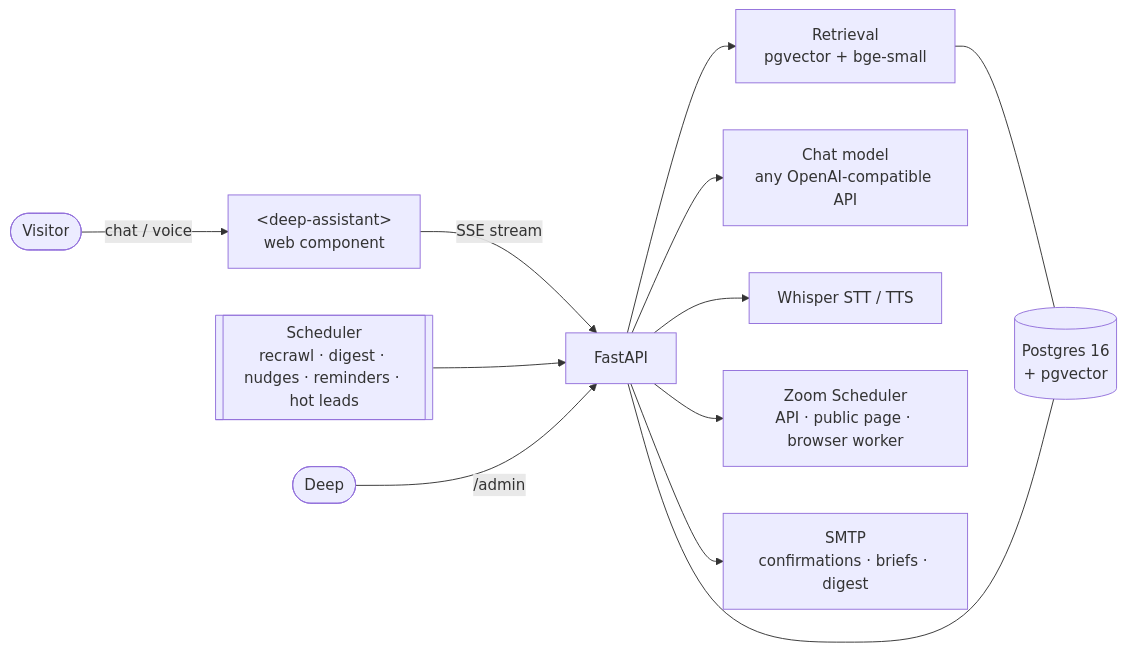
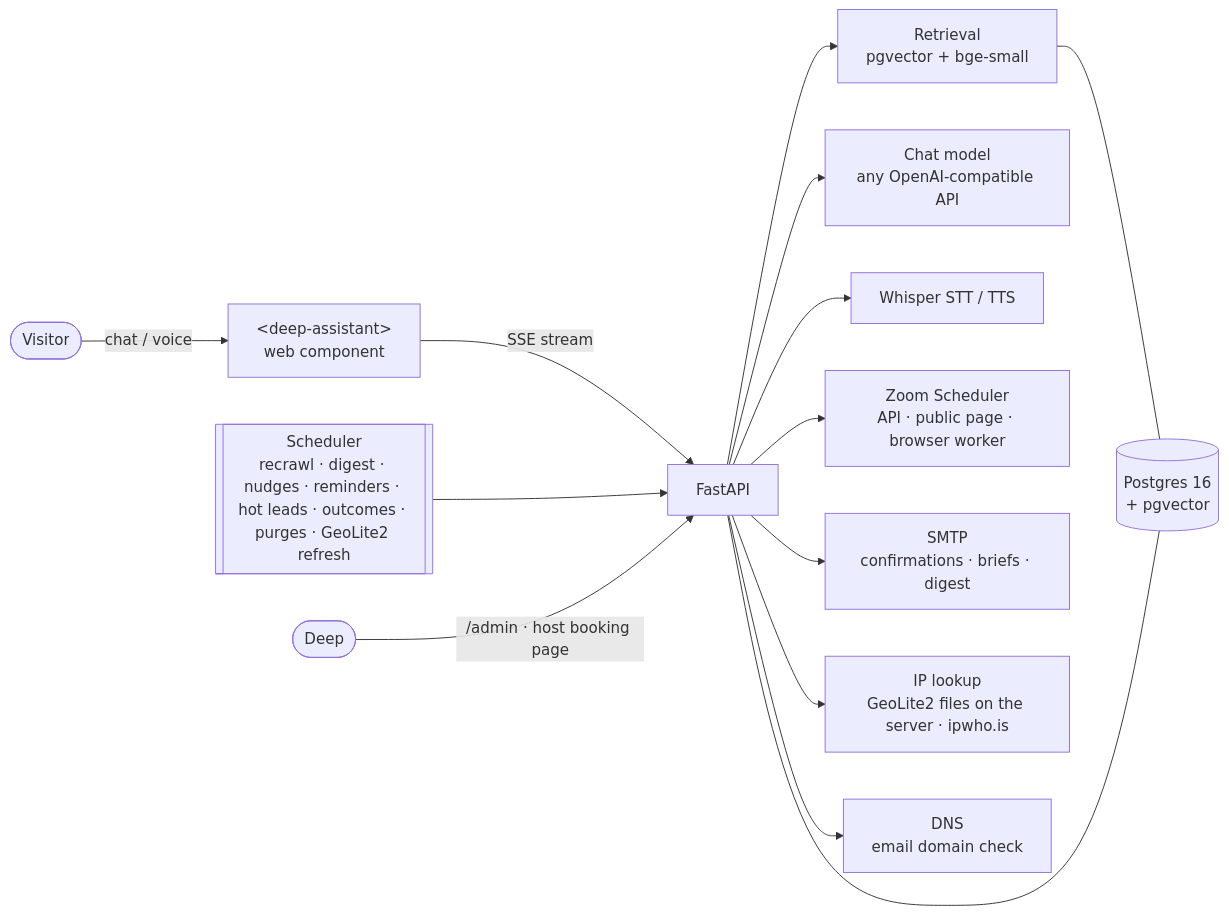
The diagram in README.md (ajaykarthikpogula0101/deep-agent), drawn with Mermaid before and after one commit. The commit also changed other lines of this file and 15 other files, not shown here.

First line of the commit message:
MaxMind GeoLite2 download with a licence key; README covers every feature

````diff
--- a/README.md
+++ b/README.md
@@ -43,14 +51,16 @@
 ```mermaid
 flowchart LR
     V([Visitor]) -->|chat / voice| W["&lt;deep-assistant&gt;<br/>web component"]
     W -->|SSE stream| API[FastAPI]
     API --> R[Retrieval<br/>pgvector + bge-small]
     API --> L[Chat model<br/>any OpenAI-compatible API]
     API --> S[Whisper STT / TTS]
     API --> Z[Zoom Scheduler<br/>API · public page · browser worker]
     API --> M[SMTP<br/>confirmations · briefs · digest]
-    C[[Scheduler<br/>recrawl · digest · nudges · reminders · hot leads]] --> API
+    API --> G[IP lookup<br/>GeoLite2 files on the server · ipwho.is]
+    API --> N[DNS<br/>email domain check]
+    C[[Scheduler<br/>recrawl · digest · nudges · reminders · hot leads · outcomes · purges · GeoLite2 refresh]] --> API
     R --- DB[(Postgres 16<br/>+ pgvector)]
     API --- DB
-    D([Deep]) -->|/admin| API
+    D([Deep]) -->|/admin · host booking page| API
 ```
````
